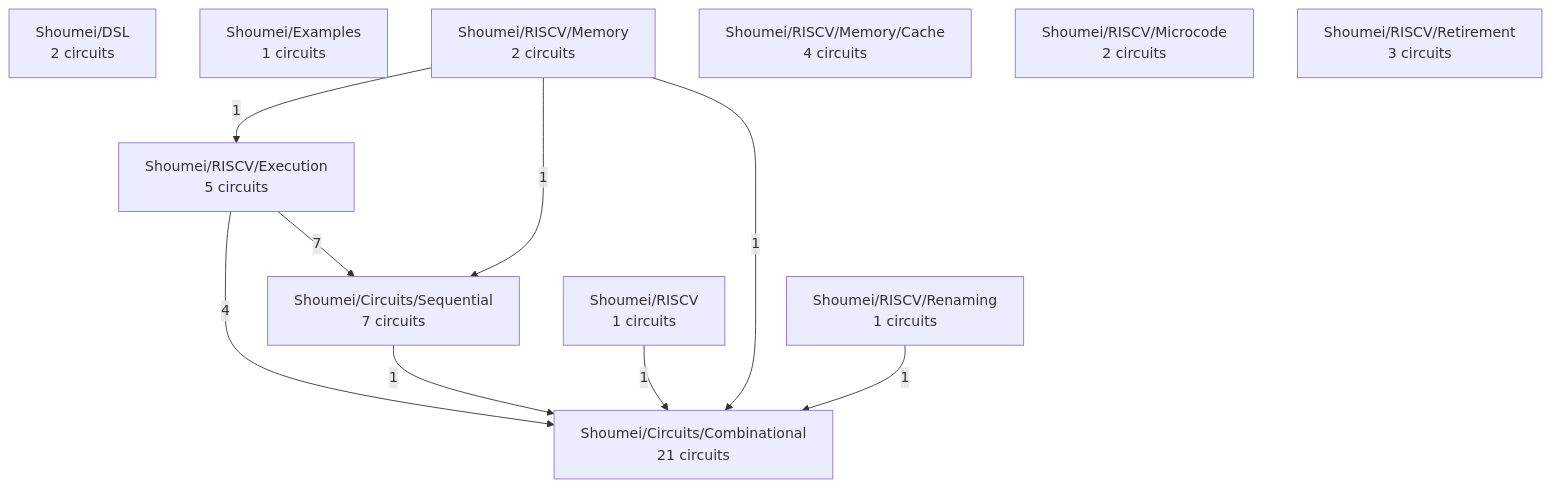
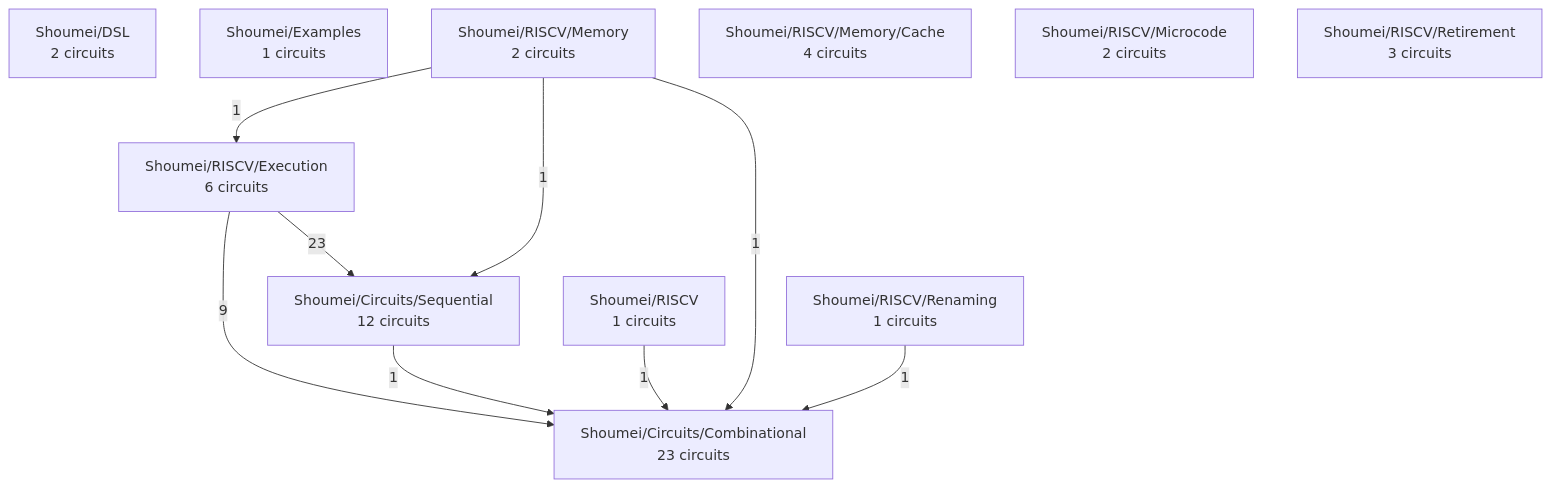
Before and after one commit to atvrager/Shoumei-RTL: the diagram in docs/project-map.md, drawn with Mermaid. The commit also changed other lines of this file and 31 other files, not shown here.

````diff
--- a/docs/project-map.md
+++ b/docs/project-map.md
@@ -25,22 +25,22 @@
 ```mermaid
 graph TD
-  Shoumei_Circuits_Combinational["Shoumei/Circuits/Combinational<br/>21 circuits"]
-  Shoumei_Circuits_Sequential["Shoumei/Circuits/Sequential<br/>7 circuits"]
+  Shoumei_Circuits_Combinational["Shoumei/Circuits/Combinational<br/>23 circuits"]
+  Shoumei_Circuits_Sequential["Shoumei/Circuits/Sequential<br/>12 circuits"]
   Shoumei_DSL["Shoumei/DSL<br/>2 circuits"]
   Shoumei_Examples["Shoumei/Examples<br/>1 circuits"]
   Shoumei_RISCV["Shoumei/RISCV<br/>1 circuits"]
-  Shoumei_RISCV_Execution["Shoumei/RISCV/Execution<br/>5 circuits"]
+  Shoumei_RISCV_Execution["Shoumei/RISCV/Execution<br/>6 circuits"]
   Shoumei_RISCV_Memory["Shoumei/RISCV/Memory<br/>2 circuits"]
   Shoumei_RISCV_Memory_Cache["Shoumei/RISCV/Memory/Cache<br/>4 circuits"]
   Shoumei_RISCV_Microcode["Shoumei/RISCV/Microcode<br/>2 circuits"]
   Shoumei_RISCV_Renaming["Shoumei/RISCV/Renaming<br/>1 circuits"]
   Shoumei_RISCV_Retirement["Shoumei/RISCV/Retirement<br/>3 circuits"]
-  Shoumei_RISCV_Execution -->|7| Shoumei_Circuits_Sequential
-  Shoumei_RISCV_Execution -->|4| Shoumei_Circuits_Combinational
+  Shoumei_RISCV_Execution -->|23| Shoumei_Circuits_Sequential
+  Shoumei_RISCV_Execution -->|9| Shoumei_Circuits_Combinational
   Shoumei_Circuits_Sequential -->|1| Shoumei_Circuits_Combinational
   Shoumei_RISCV -->|1| Shoumei_Circuits_Combinational
   Shoumei_RISCV_Memory -->|1| Shoumei_Circuits_Combinational
   Shoumei_RISCV_Memory -->|1| Shoumei_Circuits_Sequential
   Shoumei_RISCV_Memory -->|1| Shoumei_RISCV_Execution
   Shoumei_RISCV_Renaming -->|1| Shoumei_Circuits_Combinational
 ```
````
